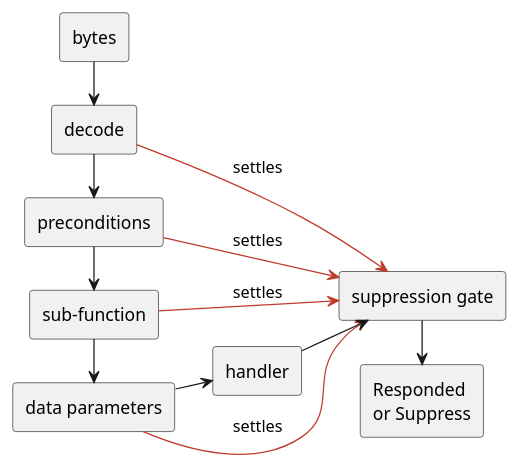
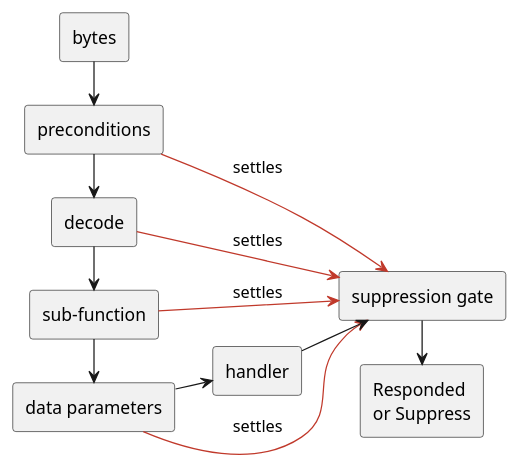
Before and after one commit to luminartech/uds_stack: the first of 3 diagrams in docs/architecture/dispatch.rst, drawn with PlantUML. The commit also changed other lines of this file and 1 other file, not shown here.

First line of the commit message:
docs(architecture): ARCH_0005/0006/0007 follow Figure 5's order

```diff
--- a/docs/architecture/dispatch.rst
+++ b/docs/architecture/dispatch.rst
@@ -26,26 +26,26 @@
    .. uml::
       :align: center
 
       @startuml
       left to right direction
       rectangle "bytes" as B
       rectangle "decode" as D
       rectangle "preconditions" as P
       rectangle "sub-function" as SF
       rectangle "data parameters" as DP
       rectangle "handler" as H
       rectangle "suppression gate" as G
       rectangle "Responded\nor Suppress" as O
 
-      B -> D
-      D -> P
-      P -> SF
+      B -> P
+      P -> D
+      D -> SF
       SF -> DP
       DP -> H
       D -[#C0392B]-> G : settles
       P -[#C0392B]-> G : settles
       SF -[#C0392B]-> G : settles
       DP -[#C0392B]-> G : settles
       H -> G
       G -> O
       @enduml
```
